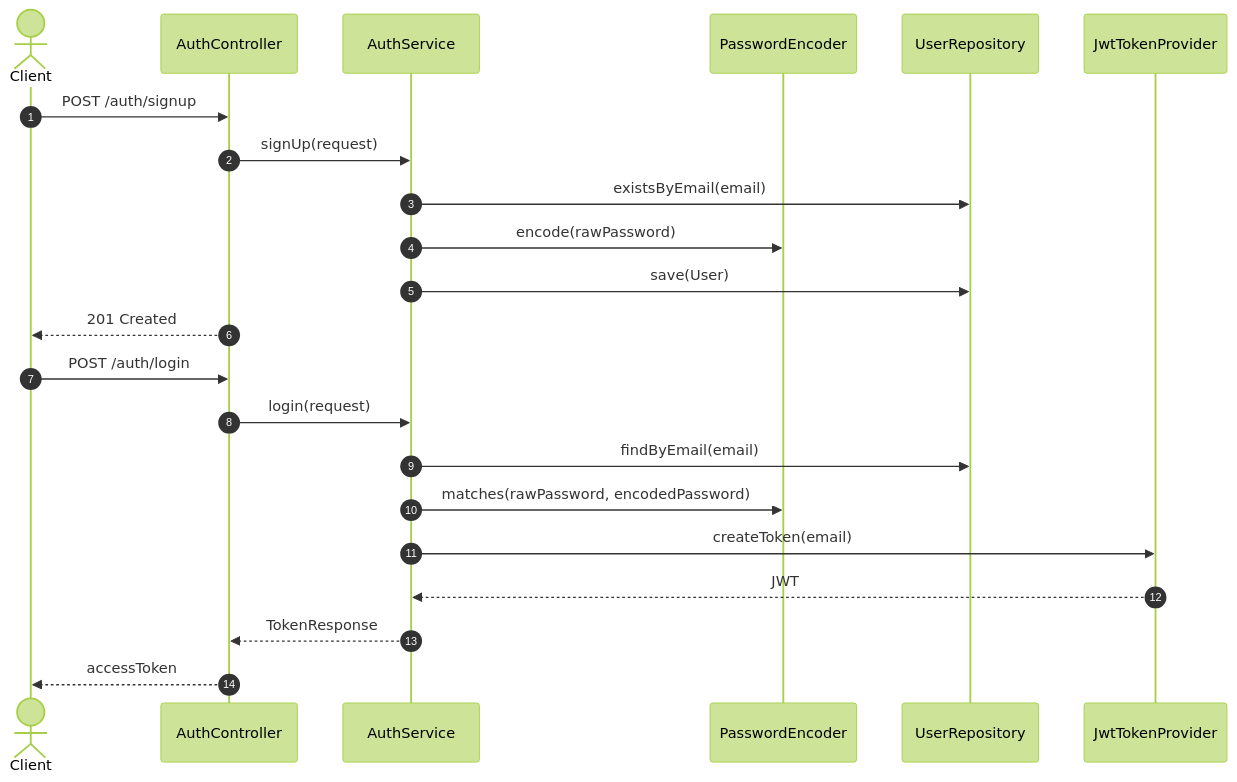
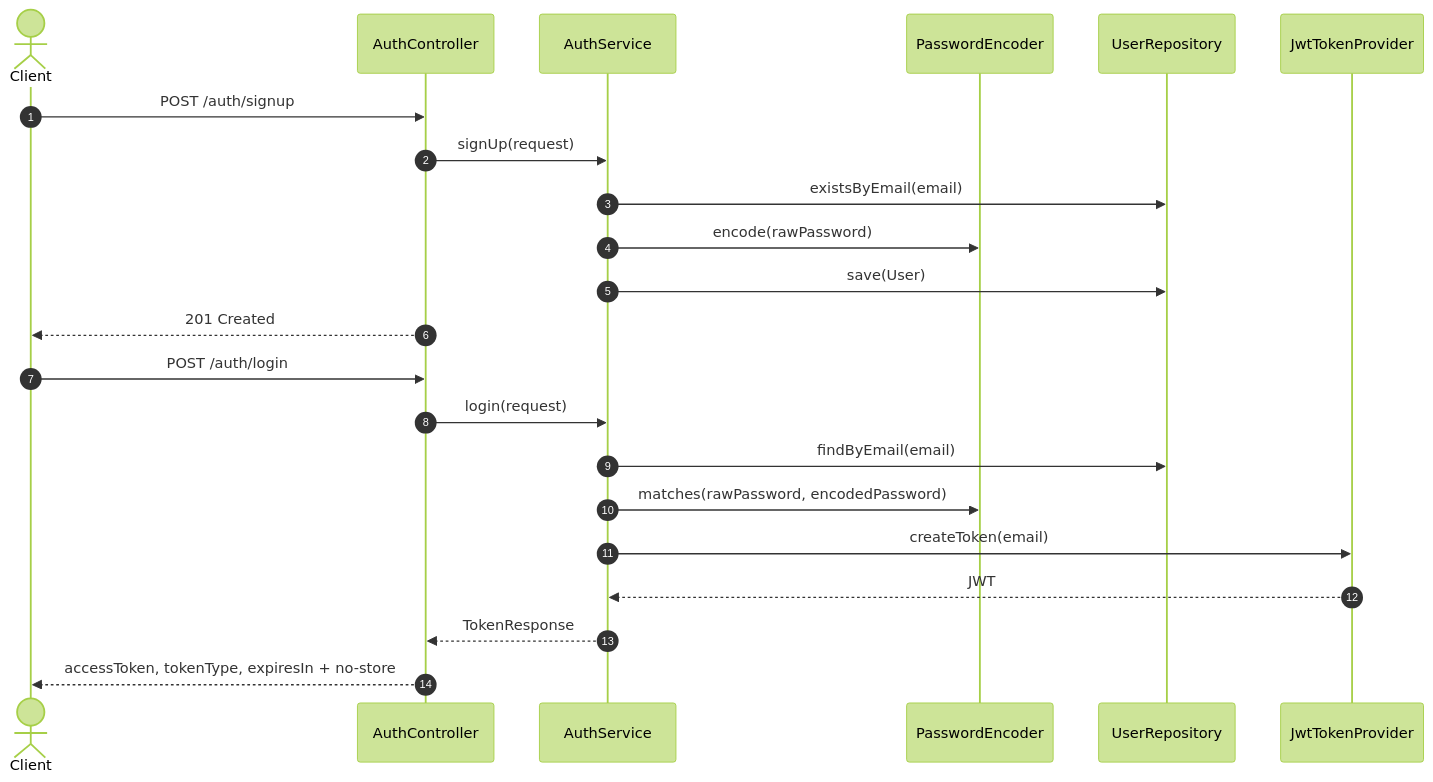
Before and after one commit to stdiodh/spring-boot-db-access-lab: the first of 4 diagrams in docs/theory.md, drawn with Mermaid (forest theme). The commit also changed other lines of this file and 28 other files, not shown here.

````diff
--- a/docs/theory.md
+++ b/docs/theory.md
@@ -38,26 +45,26 @@
 ```mermaid
 sequenceDiagram
     autonumber
     actor Client
     participant AuthController
     participant AuthService
     participant PasswordEncoder
     participant UserRepository
     participant TokenProvider as JwtTokenProvider
 
     Client->>AuthController: POST /auth/signup
     AuthController->>AuthService: signUp(request)
     AuthService->>UserRepository: existsByEmail(email)
     AuthService->>PasswordEncoder: encode(rawPassword)
     AuthService->>UserRepository: save(User)
     AuthController-->>Client: 201 Created
 
     Client->>AuthController: POST /auth/login
     AuthController->>AuthService: login(request)
     AuthService->>UserRepository: findByEmail(email)
     AuthService->>PasswordEncoder: matches(rawPassword, encodedPassword)
     AuthService->>TokenProvider: createToken(email)
     TokenProvider-->>AuthService: JWT
     AuthService-->>AuthController: TokenResponse
-    AuthController-->>Client: accessToken
+    AuthController-->>Client: accessToken, tokenType, expiresIn + no-store
 ```
````
